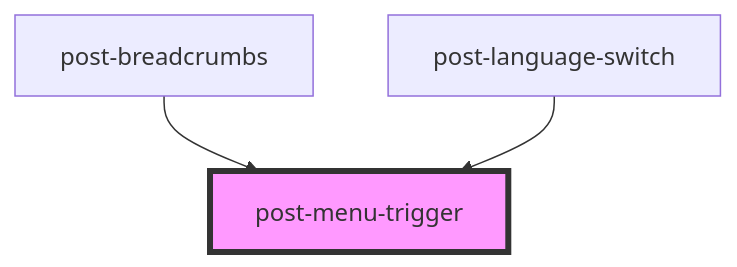
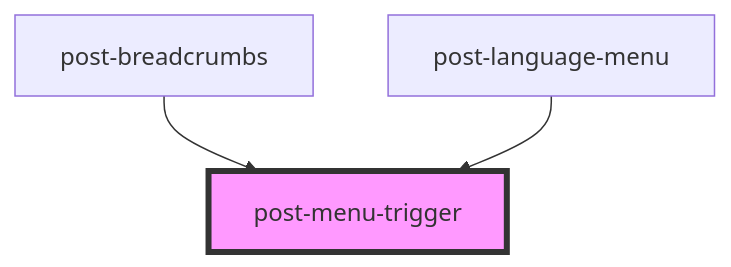
One commit to swisspost/design-system changed the diagram in packages/components/src/components/post-menu-trigger/readme.md. Above: the diagram before and after it, drawn with Mermaid. The commit also changed other lines of this file and 25 other files, not shown here.

Commit message:
chore(component): rename the `post-language-switch` and `post-language-option` components

````diff
--- a/packages/components/src/components/post-menu-trigger/readme.md
+++ b/packages/components/src/components/post-menu-trigger/readme.md
@@ -23,6 +23,6 @@
 ```mermaid
 graph TD;
   post-breadcrumbs --> post-menu-trigger
-  post-language-switch --> post-menu-trigger
+  post-language-menu --> post-menu-trigger
   style post-menu-trigger fill:#f9f,stroke:#333,stroke-width:4px
 ```
````
